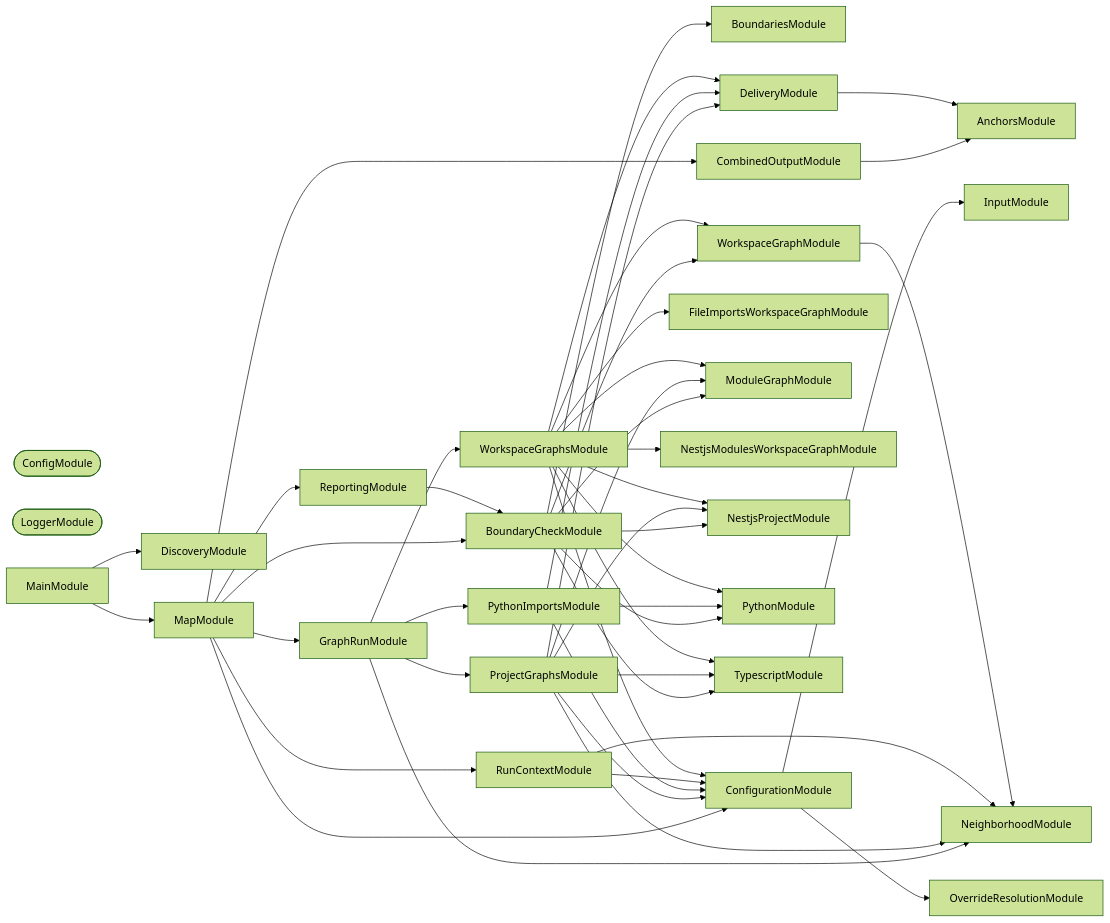
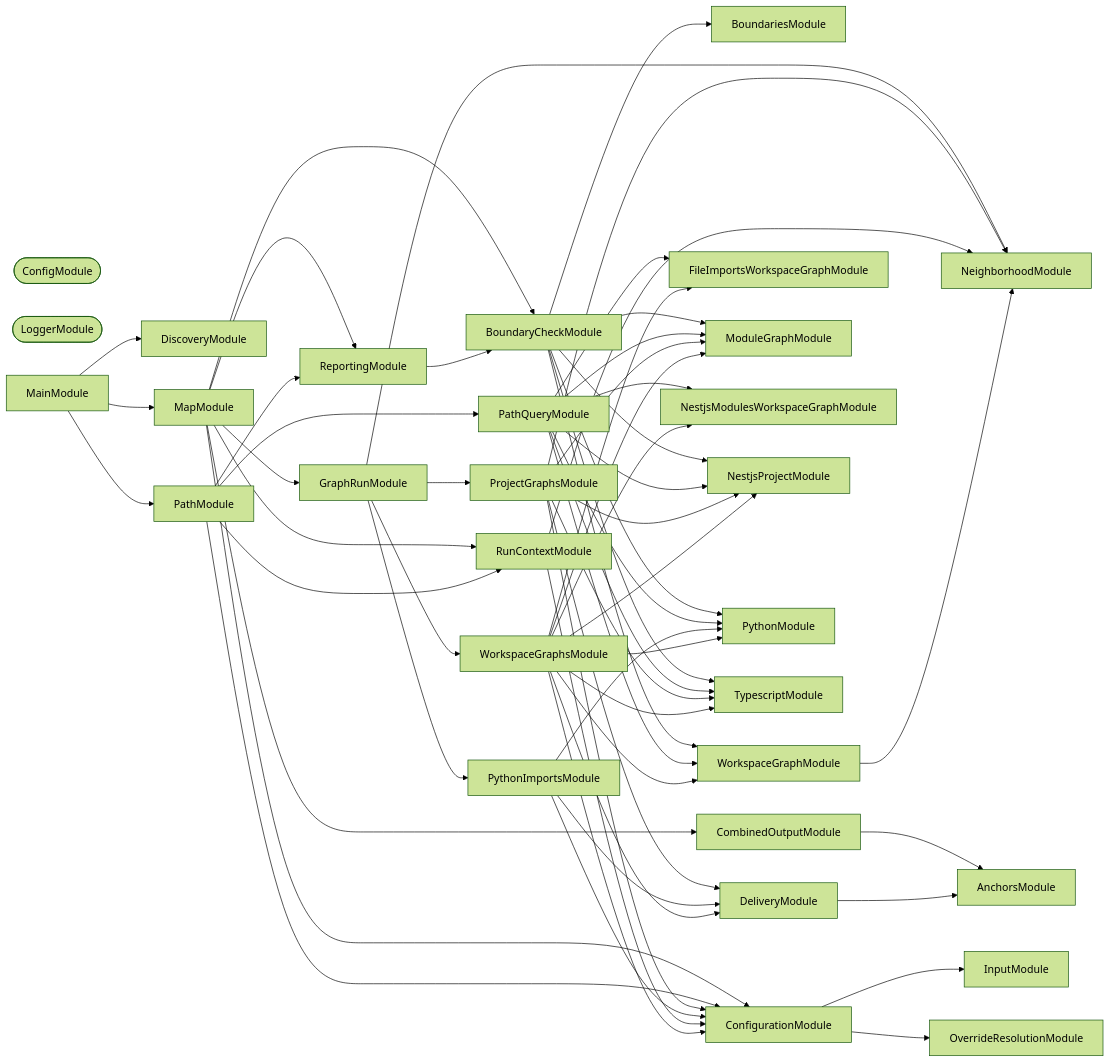
Before and after one commit to JimmyPaolini/codebase: the second of 3 diagrams in packages/ic-suite/codependix/codependix-cli/README.md, drawn with Mermaid (forest theme). The commit also changed other lines of this file and 88 other files, not shown here.

```diff
--- a/packages/ic-suite/codependix/codependix-cli/README.md
+++ b/packages/ic-suite/codependix/codependix-cli/README.md
@@ -222,6 +222,8 @@
   NestjsModulesWorkspaceGraphModule
   NestjsProjectModule
   OverrideResolutionModule
+  PathModule
+  PathQueryModule
   ProjectGraphsModule
   PythonImportsModule
   PythonModule
@@ -246,12 +248,24 @@
   GraphRunModule --> WorkspaceGraphsModule
   MainModule --> DiscoveryModule
   MainModule --> MapModule
+  MainModule --> PathModule
   MapModule --> BoundaryCheckModule
   MapModule --> CombinedOutputModule
   MapModule --> ConfigurationModule
   MapModule --> GraphRunModule
   MapModule --> ReportingModule
   MapModule --> RunContextModule
+  PathModule --> ConfigurationModule
+  PathModule --> PathQueryModule
+  PathModule --> ReportingModule
+  PathModule --> RunContextModule
+  PathQueryModule --> FileImportsWorkspaceGraphModule
+  PathQueryModule --> ModuleGraphModule
+  PathQueryModule --> NestjsModulesWorkspaceGraphModule
+  PathQueryModule --> NestjsProjectModule
+  PathQueryModule --> PythonModule
+  PathQueryModule --> TypescriptModule
+  PathQueryModule --> WorkspaceGraphModule
   ProjectGraphsModule --> ConfigurationModule
   ProjectGraphsModule --> DeliveryModule
   ProjectGraphsModule --> ModuleGraphModule
```
